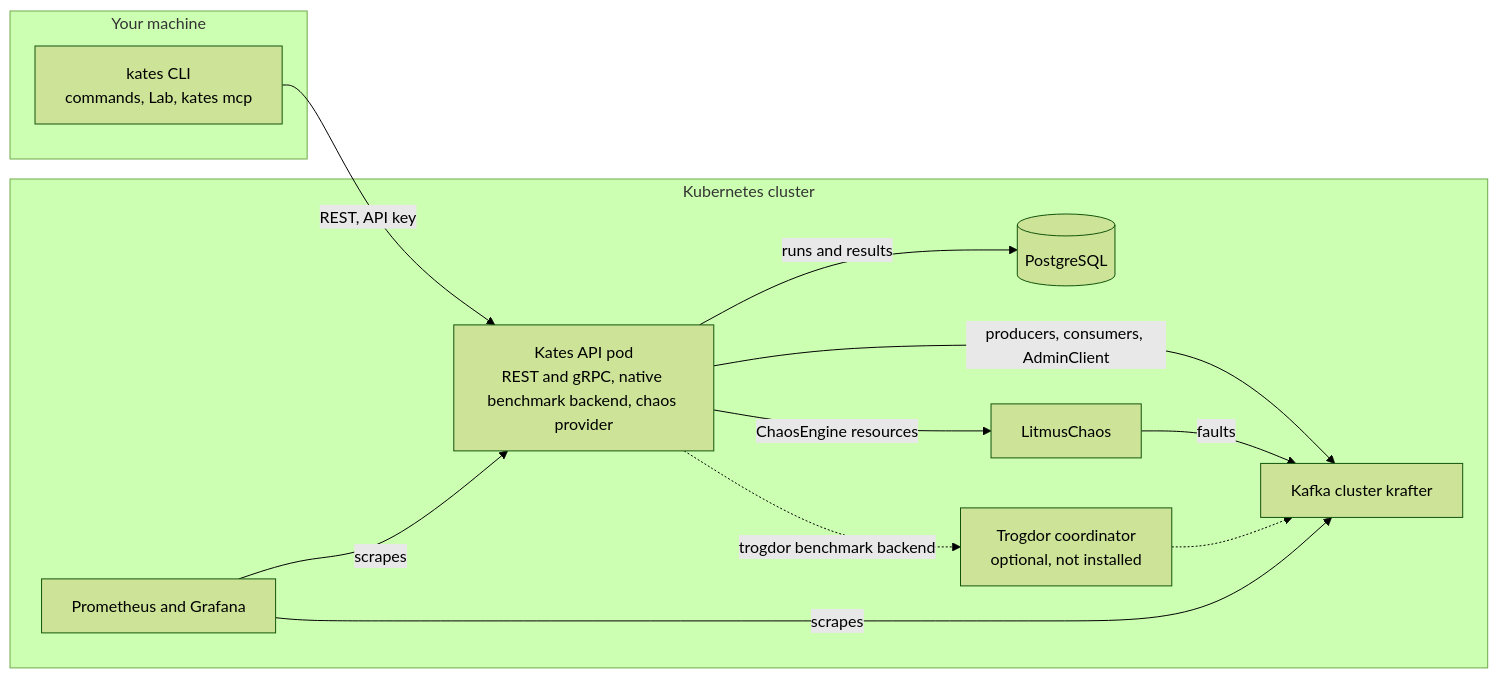
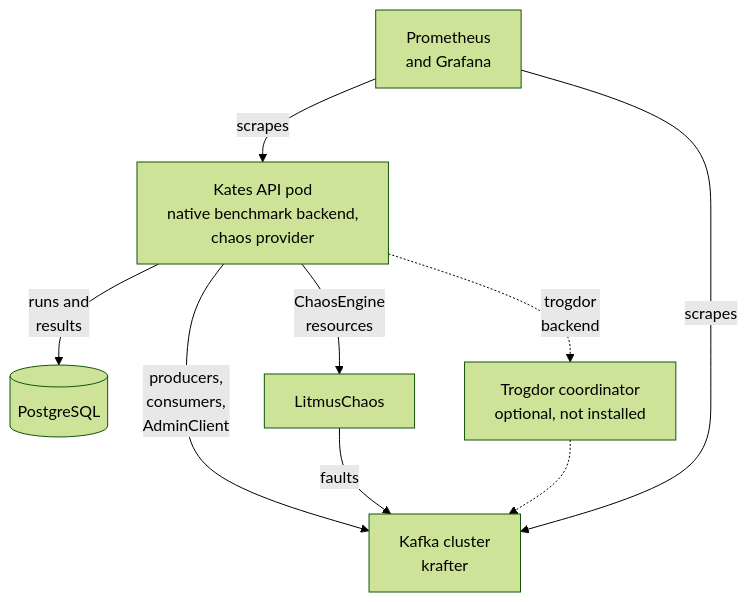
The second of 5 diagrams in docs/book/02-architecture.md (bmscomp/kates), drawn with Mermaid (forest theme) before and after one commit. The commit also changed other lines of this file and 1 other file, not shown here.

Commit message:
fix(book): draw the architecture overview narrow enough to read in place
Figure 2.1 was a 1397px-wide LR flowchart that the site shrank to a
thumbnail with 7px labels and a "too large to read here" note. It is now
two TB figures: the CLI reaching the Kates API (2.1) and the parts inside
the cluster (2.2), which render at full size with 13-16px labels at 1440px.
The disruption-engine flowchart is drawn TB too, so it fits the column.

The diagram script also warns in the console for every diagram that falls
back to a thumbnail, so a render shows which ones to redraw.

````diff
--- a/docs/book/02-architecture.md
+++ b/docs/book/02-architecture.md
@@ -27,26 +45,20 @@
 ```mermaid
 %%| label: fig-architecture-parts
-%%| fig-cap: "The CLI on your machine drives the Kates API in the cluster, which generates load on Kafka, keeps runs in PostgreSQL and asks LitmusChaos for faults."
-%%| fig-alt: "Flowchart in two groups. On your machine, the kates CLI calls the Kates API over REST with an API key. In the cluster, the Kates API stores runs in PostgreSQL, produces to and consumes from the Kafka cluster krafter, and creates ChaosEngine resources that LitmusChaos turns into faults on Kafka. A dashed path runs from the Kates API through an optional Trogdor coordinator to Kafka. Prometheus scrapes the Kates API and Kafka."
-flowchart LR
-    subgraph Machine["Your machine"]
-        CLI["kates CLI<br/>commands, Lab, kates mcp"]
-    end
-    subgraph Cluster["Kubernetes cluster"]
-        API["Kates API pod<br/>REST and gRPC, native benchmark backend, chaos provider"]
-        PG[("PostgreSQL")]
-        KAFKA["Kafka cluster krafter"]
-        LIT["LitmusChaos"]
-        TROG["Trogdor coordinator<br/>optional, not installed"]
-        PROM["Prometheus and Grafana"]
-    end
-    CLI -->|"REST, API key"| API
-    API -->|"runs and results"| PG
-    API -->|"producers, consumers, AdminClient"| KAFKA
-    API -->|"ChaosEngine resources"| LIT
+%%| fig-cap: "In the cluster, the Kates API generates load on Kafka, keeps runs in PostgreSQL and asks LitmusChaos for faults."
+%%| fig-alt: "Flowchart. Prometheus and Grafana scrape the Kates API pod and the Kafka cluster krafter. The Kates API stores runs in PostgreSQL, runs producers, consumers and an AdminClient against krafter, and creates ChaosEngine resources that LitmusChaos turns into faults on krafter. A dashed path runs from the Kates API through an optional Trogdor coordinator to krafter."
+flowchart TB
+    PROM["Prometheus<br/>and Grafana"]
+    API["Kates API pod<br/>native benchmark backend,<br/>chaos provider"]
+    PG[("PostgreSQL")]
+    LIT["LitmusChaos"]
+    TROG["Trogdor coordinator<br/>optional, not installed"]
+    KAFKA["Kafka cluster<br/>krafter"]
+    PROM -->|"scrapes"| API
+    API -->|"runs and<br/>results"| PG
+    API -->|"ChaosEngine<br/>resources"| LIT
+    API -.->|"trogdor<br/>backend"| TROG
+    API -->|"producers,<br/>consumers,<br/>AdminClient"| KAFKA
     LIT -->|"faults"| KAFKA
-    API -.->|"trogdor benchmark backend"| TROG
     TROG -.-> KAFKA
-    PROM -->|"scrapes"| API
     PROM -->|"scrapes"| KAFKA
 ```
````
